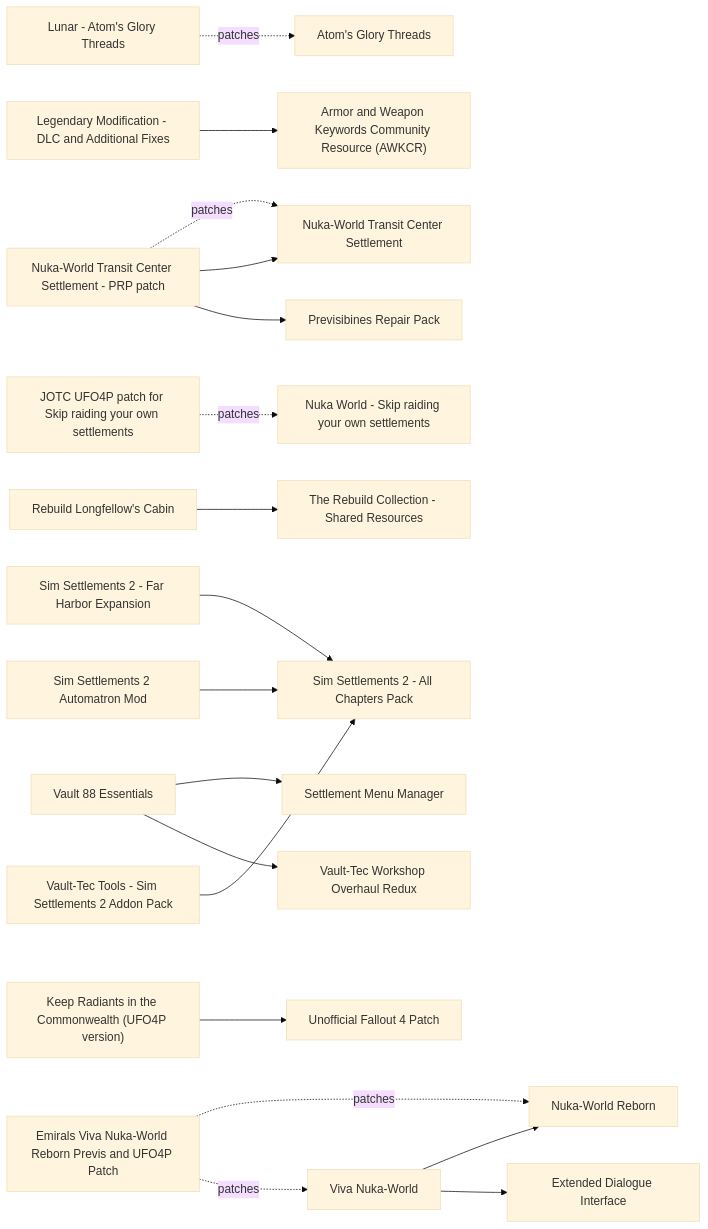
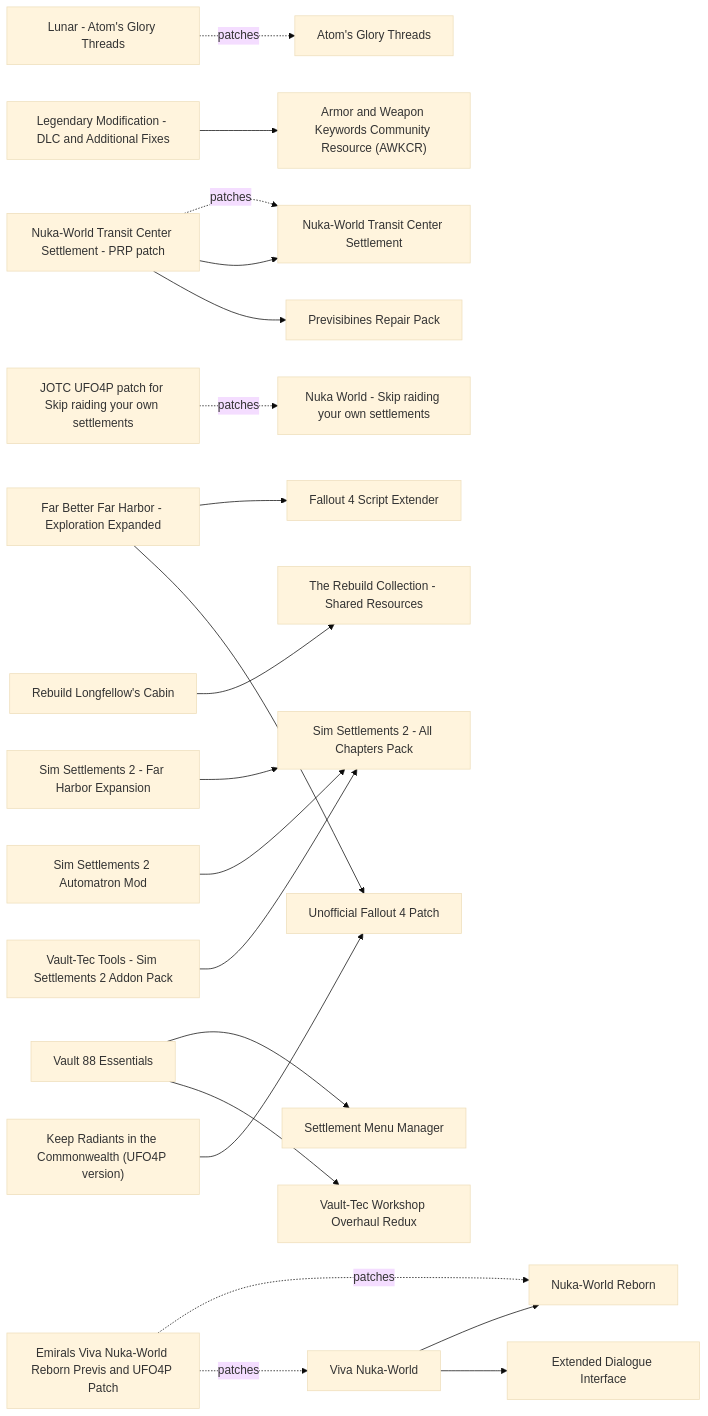
The diagram in docs/catalog/dlc.md (MorganKryze/fallout4-macos-modding), drawn with Mermaid (base theme) before and after one commit. The commit also changed other lines of this file and 14 other files, not shown here.

````diff
--- a/docs/catalog/dlc.md
+++ b/docs/catalog/dlc.md
@@ -114,44 +114,48 @@
 ```mermaid
 graph LR
   atoms_glory_threads["Atom's Glory Threads"]
   awkcr["Armor and Weapon Keywords Community Resource (AWKCR)"]
   emirals_nwr_vnw_previs_patch["Emirals Viva Nuka-World Reborn Previs and UFO4P Patch"]
+  f4se["Fallout 4 Script Extender"]
+  far_better_far_harbor["Far Better Far Harbor - Exploration Expanded"]
   keep_radiants_in_the_commonwealth["Keep Radiants in the Commonwealth (UFO4P version)"]
   legendary_modification_dlc["Legendary Modification - DLC and Additional Fixes"]
   lunar_atoms_glory_threads_patch["Lunar - Atom's Glory Threads"]
   nuka_world_reborn["Nuka-World Reborn"]
   nuka_world_transit_center_prp_patch["Nuka-World Transit Center Settlement - PRP patch"]
   nuka_world_transit_center_settlement["Nuka-World Transit Center Settlement"]
   nw_skip_raiding_own_settlements["Nuka World - Skip raiding your own settlements"]
   nw_skip_raiding_ufo4p_patch["JOTC UFO4P patch for Skip raiding your own settlements"]
   prp["Previsibines Repair Pack"]
   rebuild_longfellows_cabin["Rebuild Longfellow's Cabin"]
   rebuild_shared_resources["The Rebuild Collection - Shared Resources"]
   settlement_menu_manager["Settlement Menu Manager"]
   sim_settlements_2["Sim Settlements 2 - All Chapters Pack"]
   ss2_automatron_mod["Sim Settlements 2 Automatron Mod"]
   ss2_far_harbor_expansion["Sim Settlements 2 - Far Harbor Expansion"]
   ufo4p["Unofficial Fallout 4 Patch"]
   vault_88_essentials["Vault 88 Essentials"]
   vault_tec_tools["Vault-Tec Tools - Sim Settlements 2 Addon Pack"]
   viva_nuka_world["Viva Nuka-World"]
   vtwor["Vault-Tec Workshop Overhaul Redux"]
   xdi["Extended Dialogue Interface"]
+  far_better_far_harbor --> f4se
+  far_better_far_harbor --> ufo4p
   keep_radiants_in_the_commonwealth --> ufo4p
   vault_88_essentials --> settlement_menu_manager
   vault_88_essentials --> vtwor
   lunar_atoms_glory_threads_patch -. patches .-> atoms_glory_threads
   nw_skip_raiding_ufo4p_patch -. patches .-> nw_skip_raiding_own_settlements
   emirals_nwr_vnw_previs_patch -. patches .-> nuka_world_reborn
   nuka_world_transit_center_prp_patch -. patches .-> nuka_world_transit_center_settlement
   nuka_world_transit_center_prp_patch --> nuka_world_transit_center_settlement
   nuka_world_transit_center_prp_patch --> prp
   rebuild_longfellows_cabin --> rebuild_shared_resources
   ss2_far_harbor_expansion --> sim_settlements_2
   ss2_automatron_mod --> sim_settlements_2
   vault_tec_tools --> sim_settlements_2
   viva_nuka_world --> nuka_world_reborn
   viva_nuka_world --> xdi
   emirals_nwr_vnw_previs_patch -. patches .-> viva_nuka_world
   legendary_modification_dlc --> awkcr
 ```
````
